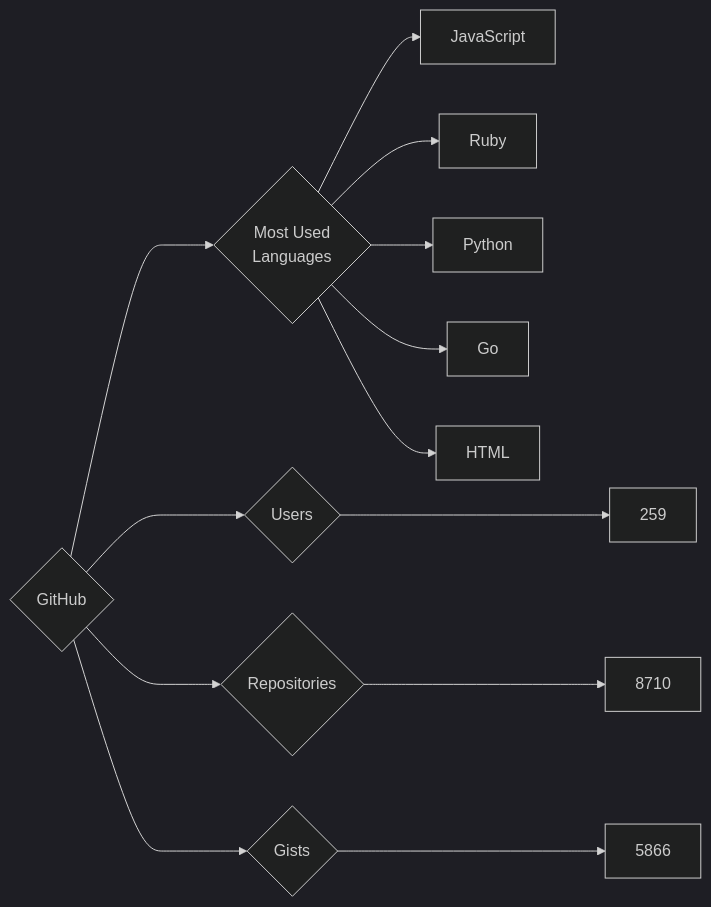
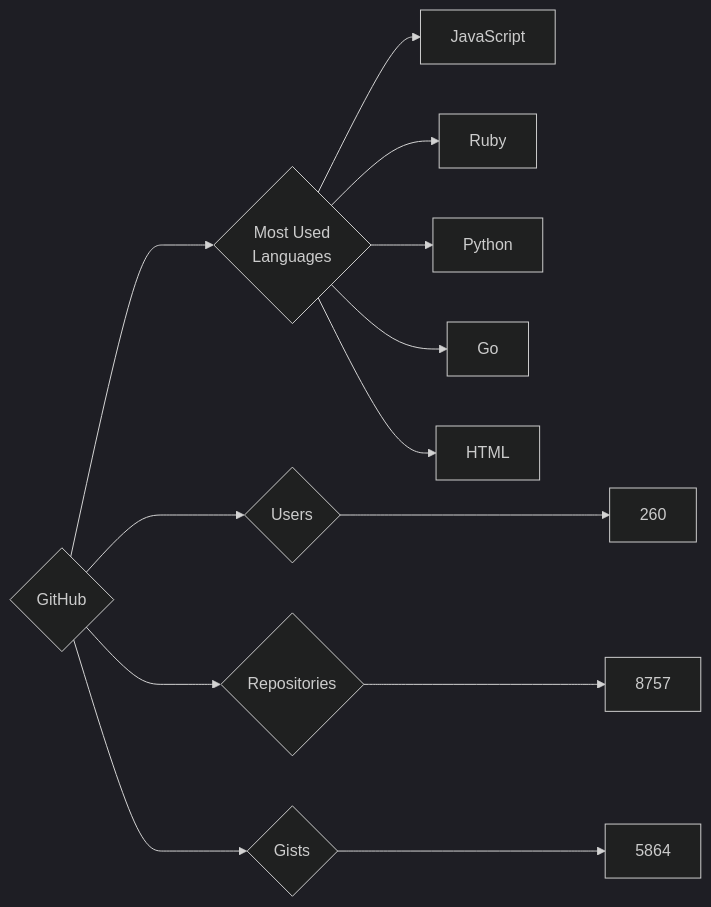
One commit to trickest/insiders changed the diagram in targets/GitHub/README.md. Above: the diagram before and after it, drawn with Mermaid (dark theme). The commit also changed 676 other files, not shown here.

````diff
--- a/targets/GitHub/README.md
+++ b/targets/GitHub/README.md
@@ -3,13 +3,13 @@
 ```mermaid
 graph LR
 COMPANY_NAME{GitHub}
-COMPANY_NAME ---> U{Users} ---> UN[259]
-COMPANY_NAME ---> R{Repositories} ---> RN[8710]
-COMPANY_NAME ---> G{Gists} ---> GN[5866]
+COMPANY_NAME ---> U{Users} ---> UN[260]
+COMPANY_NAME ---> R{Repositories} ---> RN[8757]
+COMPANY_NAME ---> G{Gists} ---> GN[5864]
 COMPANY_NAME ---> ML{Most Used<br>Languages}
 ML --> JavaScript[JavaScript]
 ML --> Ruby[Ruby]
 ML --> Python[Python]
 ML --> Go[Go]
 ML --> HTML[HTML]
 ```
````
